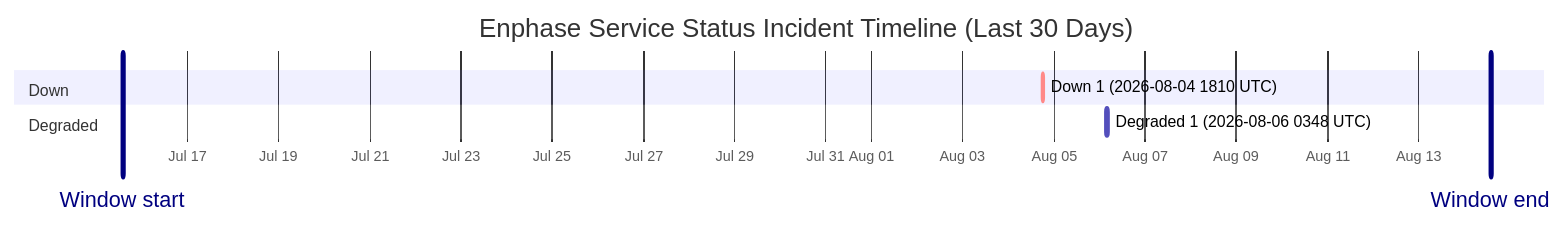
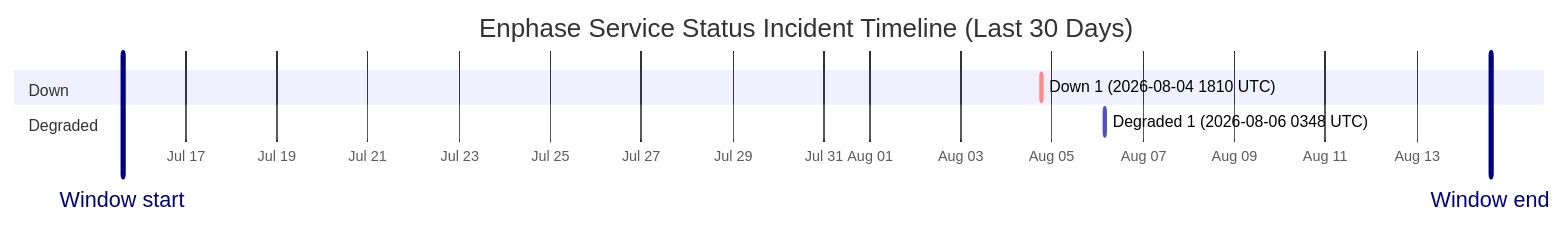
The diagram in wiki/Service-Status-History.md (barneyonline/ha-enphase-energy), drawn with Mermaid before and after one commit. The commit also changed other lines of this file and 3 other files, not shown here.

````diff
--- a/wiki/Service-Status-History.md
+++ b/wiki/Service-Status-History.md
@@ -14,12 +14,12 @@
 ```mermaid
 gantt
     title Enphase Service Status Incident Timeline (Last 30 Days)
     dateFormat  YYYY-MM-DDTHH:mm:ss
     axisFormat  %b %d
-    Window start :vert, window-start, 2026-07-15T13:51:52, 0ms
-    Window end :vert, window-end, 2026-08-14T13:51:52, 0ms
+    Window start :vert, window-start, 2026-07-15T14:49:26, 0ms
+    Window end :vert, window-end, 2026-08-14T14:49:26, 0ms
     section Down
     Down 1 (2026-08-04 1810 UTC) :crit, down-1, 2026-08-04T18:10:46, 60m
     section Degraded
     Degraded 1 (2026-08-06 0348 UTC) :active, degraded-1, 2026-08-06T03:48:14, 60m
 ```
````
